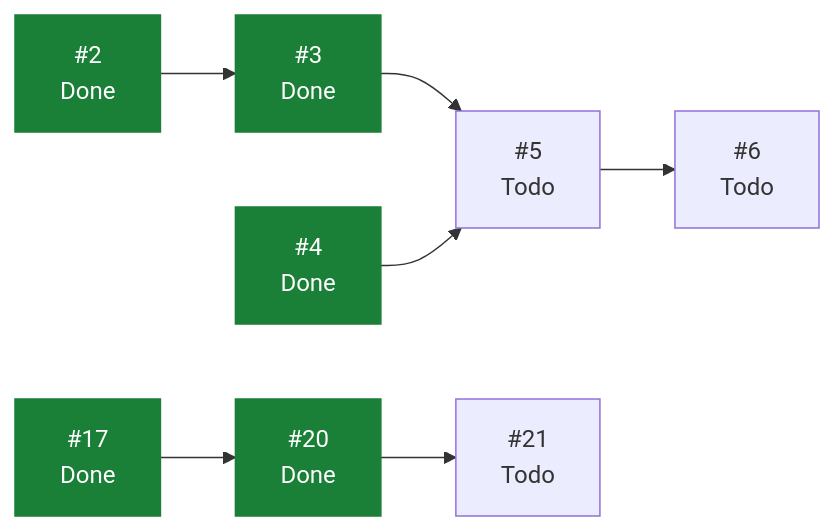
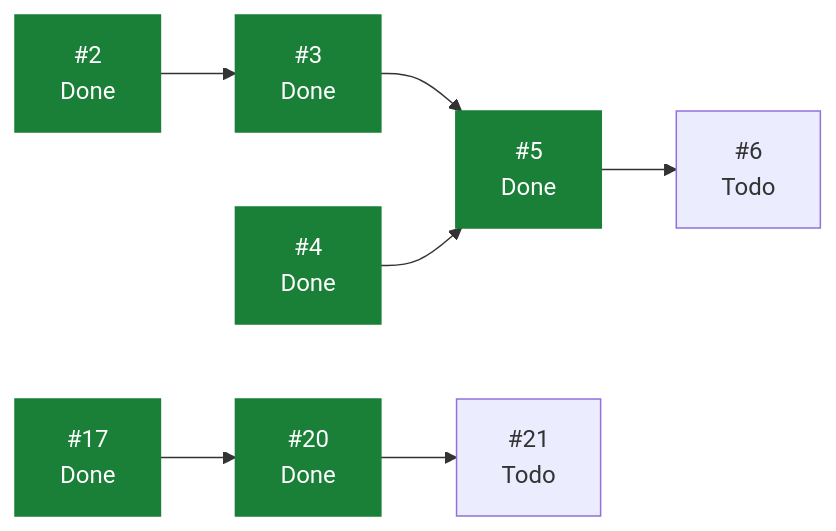
Before and after one commit to ecamp0s/evault: the diagram in docs/planning/STATUS.md, drawn with Mermaid. The commit also changed other lines of this file, not shown here.

````diff
--- a/docs/planning/STATUS.md
+++ b/docs/planning/STATUS.md
@@ -55,19 +55,19 @@
 ```mermaid
 graph LR
   I2["#2<br/>Done"]
   I3["#3<br/>Done"]
   I4["#4<br/>Done"]
-  I5["#5<br/>Todo"]
+  I5["#5<br/>Done"]
   I6["#6<br/>Todo"]
   I17["#17<br/>Done"]
   I20["#20<br/>Done"]
   I21["#21<br/>Todo"]
   I2 --> I3
   I3 --> I5
   I4 --> I5
   I5 --> I6
   I17 --> I20
   I20 --> I21
   classDef hecho fill:#1a7f37,stroke:#1a7f37,color:#fff;
-  class I2,I3,I4,I17,I20 hecho;
+  class I2,I3,I4,I5,I17,I20 hecho;
 ```
````
